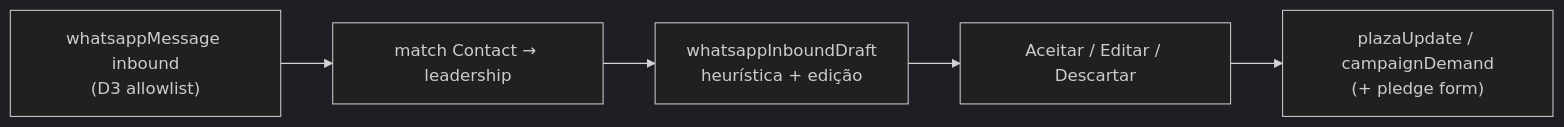
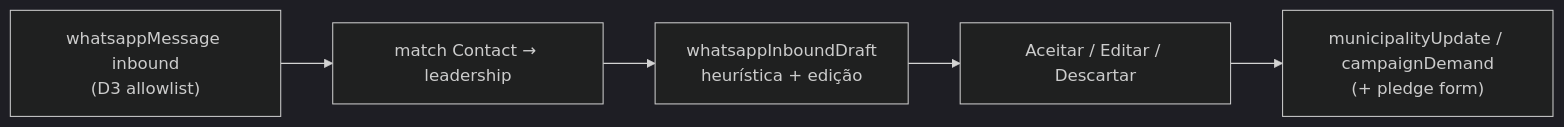
One commit to fsolla/teqo changed the diagram in docs/plans/whatsapp-sugestao-atualizacoes.md. Above: the diagram before and after it, drawn with Mermaid (dark theme). The commit also changed other lines of this file and 41 other files, not shown here.

````diff
--- a/docs/plans/whatsapp-sugestao-atualizacoes.md
+++ b/docs/plans/whatsapp-sugestao-atualizacoes.md
@@ -64,9 +64,9 @@
 ```mermaid
 flowchart LR
     In["whatsappMessage inbound<br/>(D3 allowlist)"]
     Match["match Contact → leadership"]
     Draft["whatsappInboundDraft<br/>heurística + edição"]
     Human["Aceitar / Editar / Descartar"]
-    Dom["plazaUpdate / campaignDemand<br/>(+ pledge form)"]
+    Dom["municipalityUpdate / campaignDemand<br/>(+ pledge form)"]
     In --> Match --> Draft --> Human --> Dom
 ```
````
